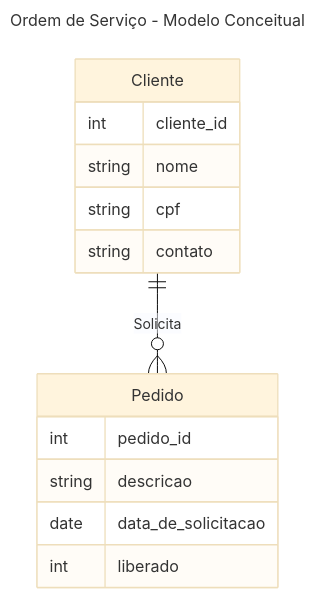
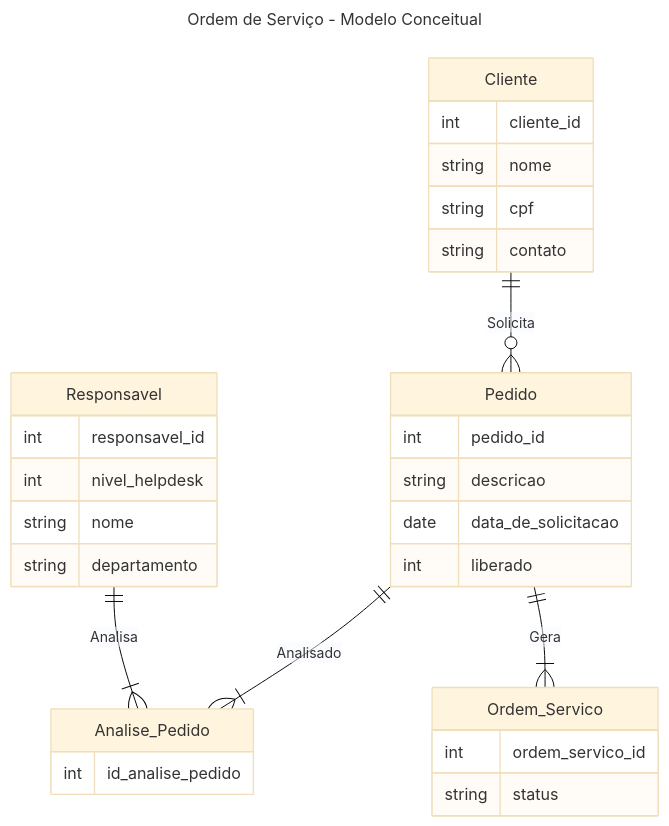
One commit to matheus-fvp13/bd-modelagem-conceitual changed the diagram in ordem-de-servico.md. Above: the diagram before and after it, drawn with Mermaid (base theme).

Commit message:
feat: entidades analise pedido, responsavel, ordem servivo

````diff
--- a/ordem-de-servico.md
+++ b/ordem-de-servico.md
@@ -1,20 +1,36 @@
 ```mermaid
 ---
 title: Ordem de Serviço - Modelo Conceitual 
 ---
 
 erDiagram 
     Cliente ||--o{ Pedido : Solicita
     Cliente {
         int cliente_id
         string nome
         string cpf 
         string contato 
     }
     Pedido {
         int pedido_id
         string descricao
         date data_de_solicitacao
         int liberado
     }
+    Pedido ||--|{ Analise_Pedido : Analisado
+    Pedido ||--|{ Ordem_Servico : Gera
+    Analise_Pedido {
+        int id_analise_pedido 
+    }
+    Responsavel ||--|{ Analise_Pedido : Analisa
+    Responsavel {
+        int responsavel_id
+        int nivel_helpdesk
+        string nome
+        string departamento
+    }
+    Ordem_Servico {
+        int ordem_servico_id
+        string status
+    }
 ```
````
